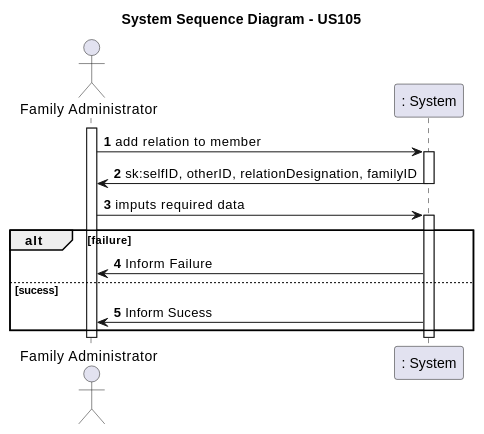
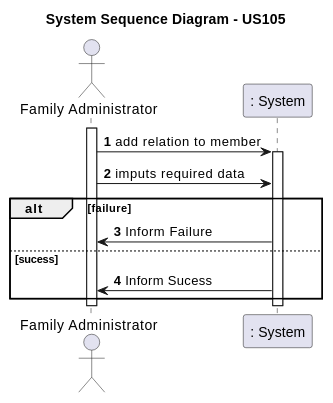
Before and after one commit to tomas-osswald/switch_2020_g3: the first of 4 diagrams in docs/US105 AddRelation.md, drawn with PlantUML. The commit also changed other lines of this file and 8 other files, not shown here.

````diff
--- a/docs/US105 AddRelation.md
+++ b/docs/US105 AddRelation.md
@@ -24,27 +24,24 @@
 ```puml
 autonumber
 title System Sequence Diagram - US105
 
 actor "Family Administrator" as familyAdministrator
 participant ": System" as system
 
 activate familyAdministrator
 familyAdministrator -> system : add relation to member
 activate system
-system -> familyAdministrator : sk:selfID, otherID, relationDesignation, familyID
-deactivate system 
 familyAdministrator -> system : imputs required data
-activate system
 
 alt failure
 system -> familyAdministrator : Inform Failure
 
 else sucess
 system -> familyAdministrator : Inform Sucess
 
 end
 
 deactivate system
 
 deactivate familyAdministrator
 ```
````
